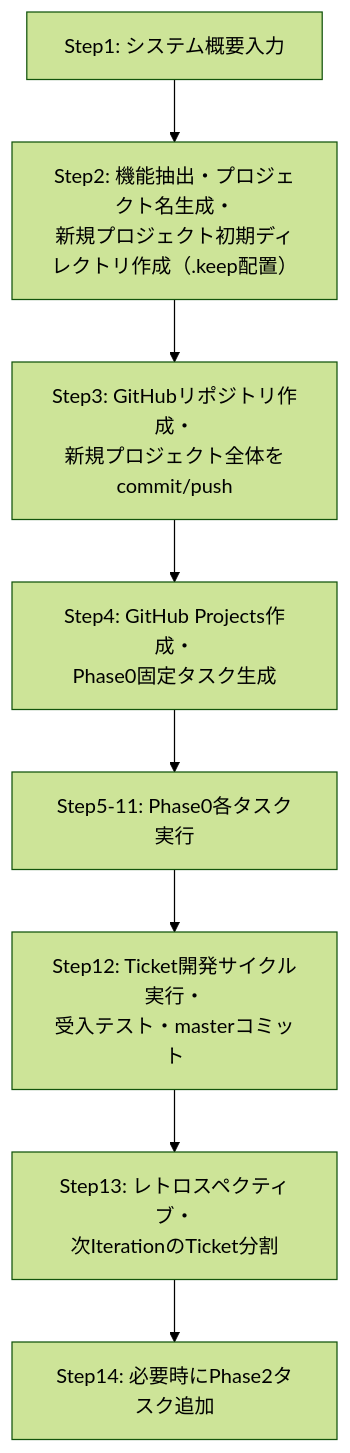
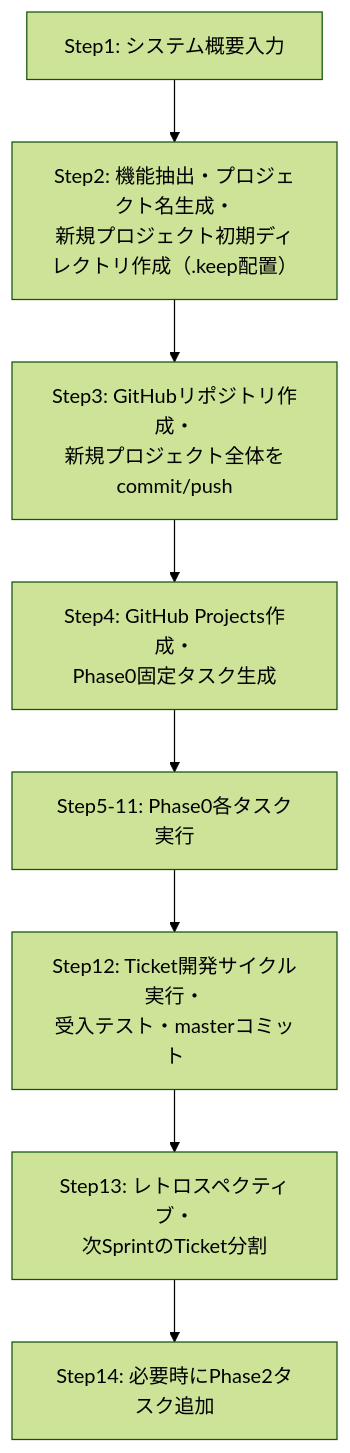
One commit to BossApe/lo-vibe changed the first of 17 diagrams in _document/002.要件定義フェーズ/001.要件定義/001-01.機能要件定義書.md. Above: the diagram before and after it, drawn with Mermaid (forest theme). The commit also changed other lines of this file and 43 other files, not shown here.

````diff
--- a/_document/002.要件定義フェーズ/001.要件定義/001-01.機能要件定義書.md
+++ b/_document/002.要件定義フェーズ/001.要件定義/001-01.機能要件定義書.md
@@ -77,15 +77,15 @@
 ```mermaid
 flowchart TD
     A[Step1: システム概要入力] --> B[Step2: 機能抽出・プロジェクト名生成・
 新規プロジェクト初期ディレクトリ作成（.keep配置）]
     B --> C[Step3: GitHubリポジトリ作成・
 新規プロジェクト全体をcommit/push]
     C --> D[Step4: GitHub Projects作成・
 Phase0固定タスク生成]
     D --> E[Step5-11: Phase0各タスク実行]
     E --> F[Step12: Ticket開発サイクル実行・
 受入テスト・masterコミット]
     F --> G[Step13: レトロスペクティブ・
-次IterationのTicket分割]
+次SprintのTicket分割]
     G --> H[Step14: 必要時にPhase2タスク追加]
 ```
````
